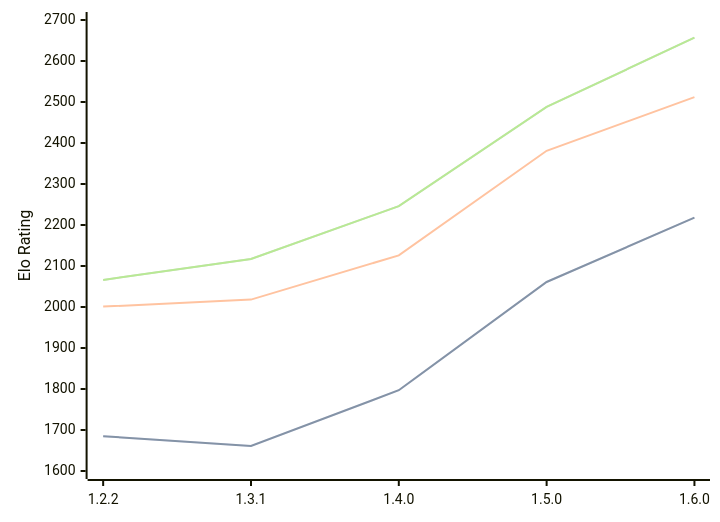
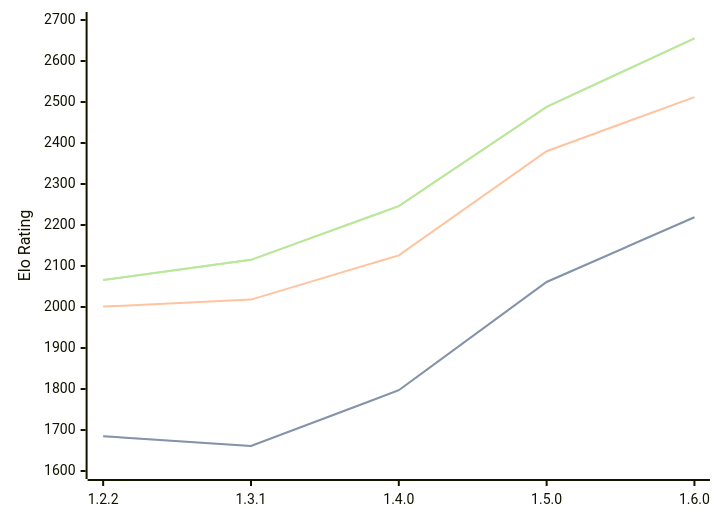
Before and after one commit to computer-chess-index/cci: the diagram in engines/SoloEngine.md, drawn with Mermaid. The commit also changed other lines of this file, not shown here.

Commit message:
Update CCI Ratings (ELO VLTC) - 2026-03-17

````diff
--- a/engines/SoloEngine.md
+++ b/engines/SoloEngine.md
@@ -33,11 +33,11 @@
 ```mermaid
 %%{init: {"theme":"base","themeVariables":{"seriesColors:['#a3a3a3','#222221','#faa371']}}}%%
 xychart-beta
   x-axis ["1.2.2", "1.3.1", "1.4.0", "1.5.0", "1.6.0"]
   y-axis "Elo Rating" 1600 --> 2700
-  line "STC (8.0+0.08s)" [1685, 1661, 1797, 2061, 2218]
-  line "STC (8.0+0.08s)" [1685, 1661, 1797, 2061, 2218]
-  line "LTC (60.0+0.60s)" [2001, 2018, 2126, 2381, 2512]
-  line "VLTC (2m24s+1.12s)" [2066, 2117, 2246, 2488, 2657]
-  line "VLTC (2m24s+1.12s)" [2066, 2117, 2246, 2488, 2657]
+  line "STC (8.0+0.08s)" [1685, 1661, 1797, 2061, 2219]
+  line "STC (8.0+0.08s)" [1685, 1661, 1797, 2061, 2219]
+  line "LTC (60.0+0.60s)" [2001, 2018, 2126, 2380, 2512]
+  line "VLTC (2m24s+1.12s)" [2066, 2115, 2246, 2488, 2655]
+  line "VLTC (2m24s+1.12s)" [2066, 2115, 2246, 2488, 2655]
 ```
````
